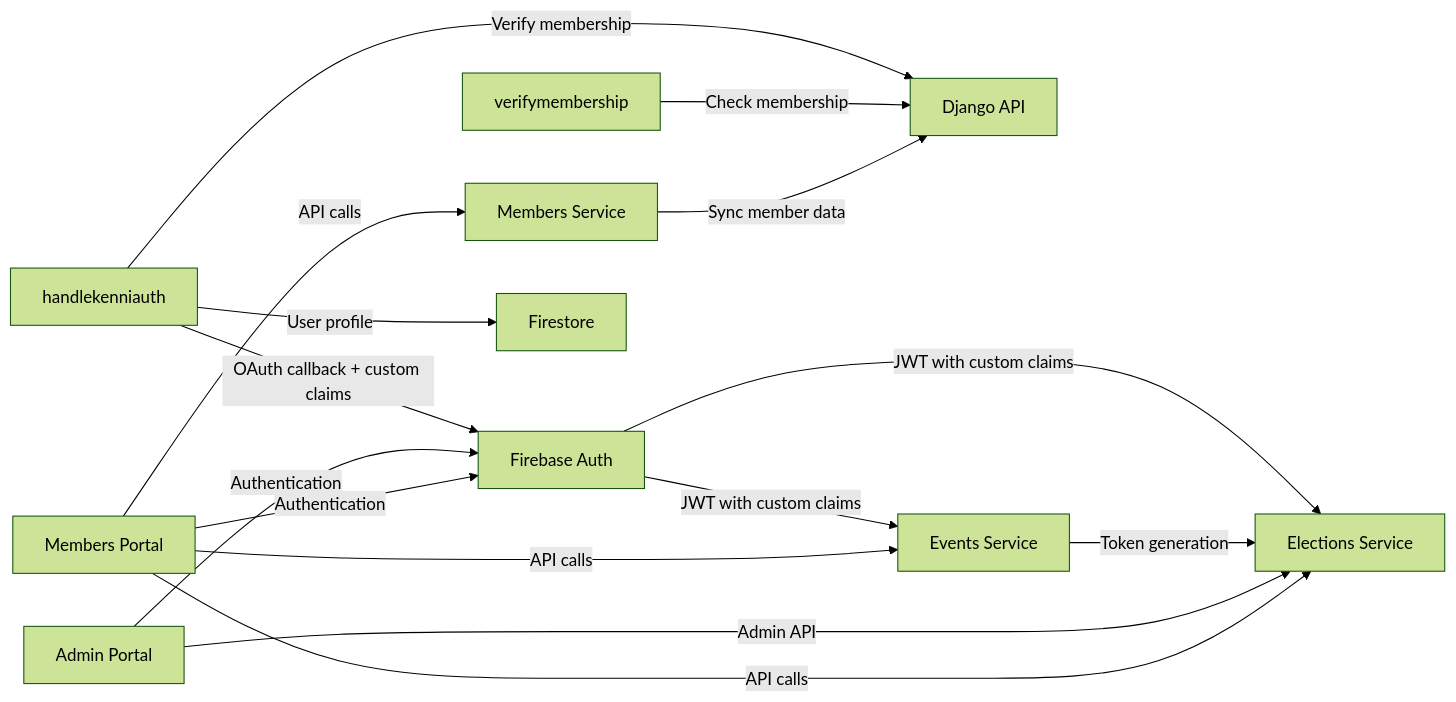
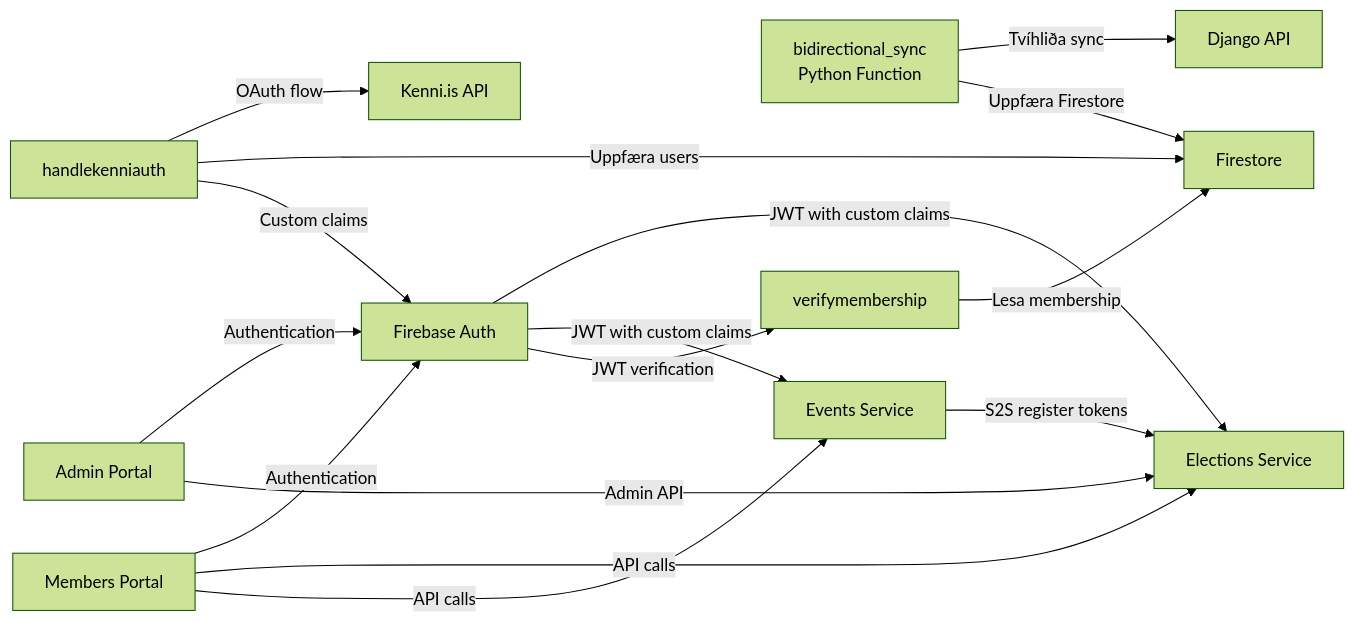
One commit to sosialistaflokkurinn/ekklesia changed the third of 3 diagrams in docs/infrastructure/CLOUD_RUN_SERVICES.md. Above: the diagram before and after it, drawn with Mermaid (forest theme). The commit also changed other lines of this file, not shown here.

First line of the commit message:
fix(docs): Correct Django API connection architecture - only bidirectional_sync

````diff
--- a/docs/infrastructure/CLOUD_RUN_SERVICES.md
+++ b/docs/infrastructure/CLOUD_RUN_SERVICES.md
@@ -131,17 +134,23 @@
 ```mermaid
 graph LR
-    Members[Members Service] -->|Sync member data| Django[Django API]
-    Verify[verifymembership] -->|Check membership| Django
-    HandleAuth[handlekenniauth] -->|Verify membership| Django
-    Portal[Members Portal] -->|Authentication| Firebase[Firebase Auth]
-    Portal -->|API calls| Elections
-    Portal -->|API calls| Events
-    Portal -->|API calls| Members
+    Sync[bidirectional_sync<br/>Python Function] -->|Tvíhliða sync| Django[Django API]
+    Sync -->|Uppfæra Firestore| Firestore[Firestore]
+
+    Verify[verifymembership] -->|Lesa membership| Firestore
+    HandleAuth[handlekenniauth] -->|OAuth flow| KenniIs[Kenni.is API]
+    HandleAuth -->|Uppfæra users| Firestore
+    HandleAuth -->|Custom claims| Firebase[Firebase Auth]
+
+    Portal[Members Portal] -->|Authentication| Firebase
+    Portal -->|API calls| Elections[Elections Service]
+    Portal -->|API calls| Events[Events Service]
+
     Admin[Admin Portal] -->|Authentication| Firebase
     Admin -->|Admin API| Elections
-    Events[Events Service] -->|Token generation| Elections
-    HandleAuth -->|OAuth callback + custom claims| Firebase
-    HandleAuth -->|User profile| Firestore[Firestore]
-    Firebase -->|JWT with custom claims| Elections[Elections Service]
+
+    Events -->|S2S register tokens| Elections
+
+    Firebase -->|JWT with custom claims| Elections
     Firebase -->|JWT with custom claims| Events
+    Firebase -->|JWT verification| Verify
 ```
````
